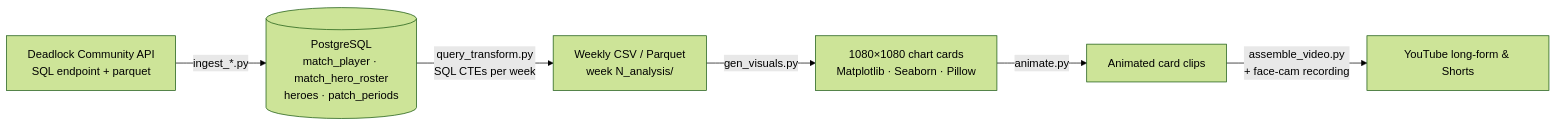
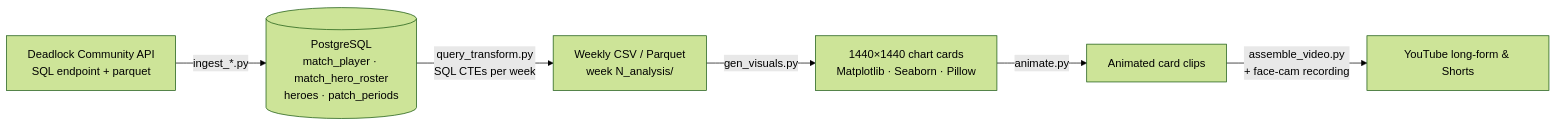
Before and after one commit to juliuskings13/DL_Ranked_Analysis: the diagram in README.md, drawn with Mermaid (forest theme). The commit also changed other lines of this file and 9 other files, not shown here.

````diff
--- a/README.md
+++ b/README.md
@@ -16,8 +16,8 @@
 ```mermaid
 flowchart LR
     A[Deadlock Community API<br/>SQL endpoint + parquet] -->|ingest_*.py| B[(PostgreSQL<br/>match_player · match_hero_roster<br/>heroes · patch_periods)]
     B -->|query_transform.py<br/>SQL CTEs per week| C[Weekly CSV / Parquet<br/>week N_analysis/]
-    C -->|gen_visuals.py| D[1080×1080 chart cards<br/>Matplotlib · Seaborn · Pillow]
+    C -->|gen_visuals.py| D[1440×1440 chart cards<br/>Matplotlib · Seaborn · Pillow]
     D -->|animate.py| F[Animated card clips]
     F -->|assemble_video.py<br/>+ face-cam recording| E[YouTube long-form & Shorts]
 ```
````
